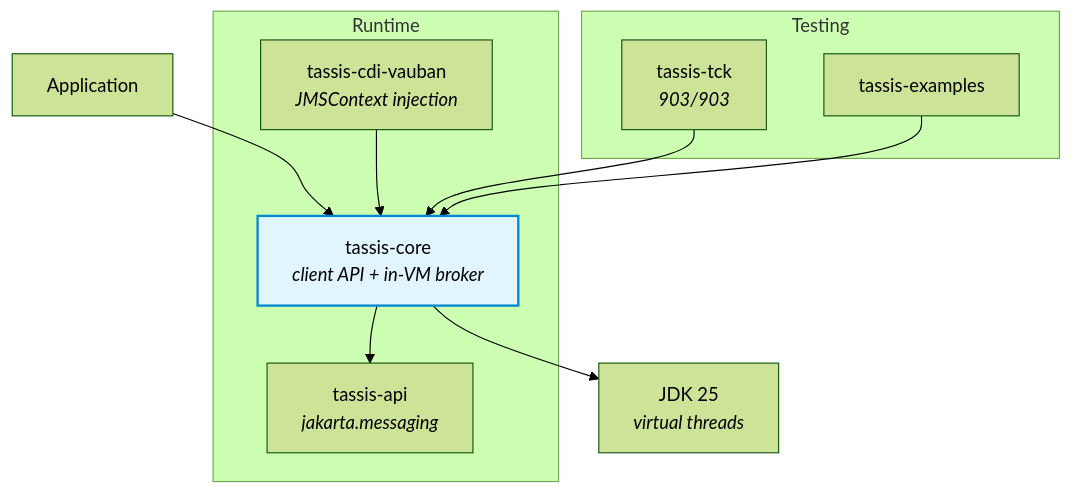
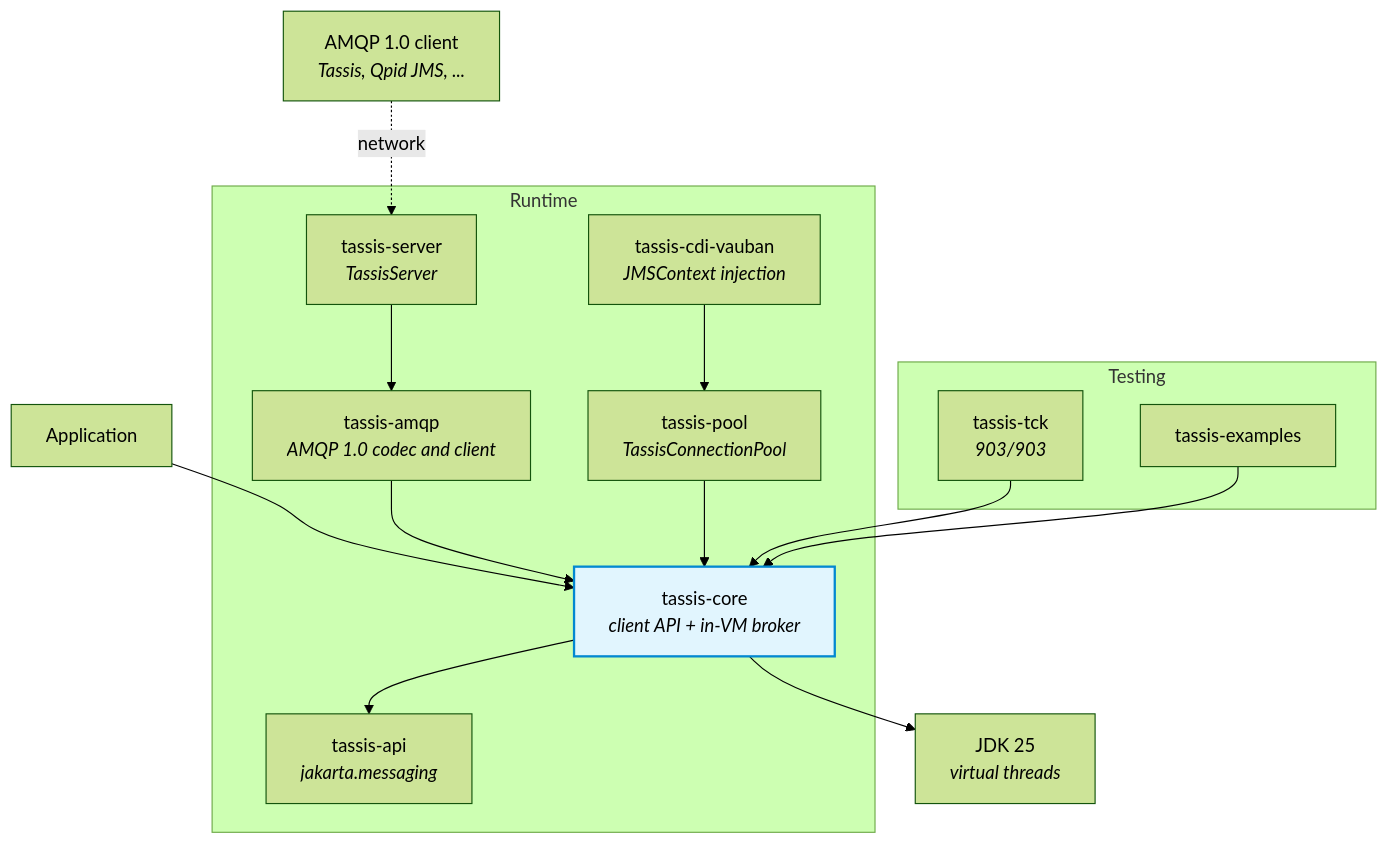
One commit to vidocq-stack/tassis changed the diagram in README.md. Above: the diagram before and after it, drawn with Mermaid (forest theme). The commit also changed other lines of this file, not shown here.

First line of the commit message:
docs(tassis): the README tells the name in a paragraph

````diff
--- a/README.md
+++ b/README.md
@@ -309,16 +288,20 @@
 ```mermaid
 graph TB
     APP[Application] --> CORE
+    REMOTE[AMQP 1.0 client<br/><i>Tassis, Qpid JMS, ...</i>] -. network .-> SERVER
     subgraph "Runtime"
         CORE[tassis-core<br/><i>client API + in-VM broker</i>] --> API[tassis-api<br/><i>jakarta.messaging</i>]
-        CDI[tassis-cdi-vauban<br/><i>JMSContext injection</i>] --> CORE
+        AMQP[tassis-amqp<br/><i>AMQP 1.0 codec and client</i>] --> CORE
+        SERVER[tassis-server<br/><i>TassisServer</i>] --> AMQP
+        POOL[tassis-pool<br/><i>TassisConnectionPool</i>] --> CORE
+        CDI[tassis-cdi-vauban<br/><i>JMSContext injection</i>] --> POOL
     end
     subgraph "Testing"
         TCK[tassis-tck<br/><i>903/903</i>]
         EX[tassis-examples]
     end
     TCK --> CORE
     EX --> CORE
     CORE --> JDK[JDK 25<br/><i>virtual threads</i>]
     style CORE fill:#e1f5fe,stroke:#0288d1,stroke-width:2px
 ```
````
